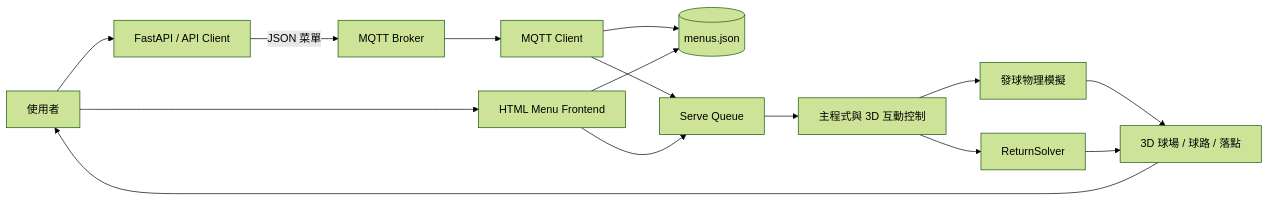
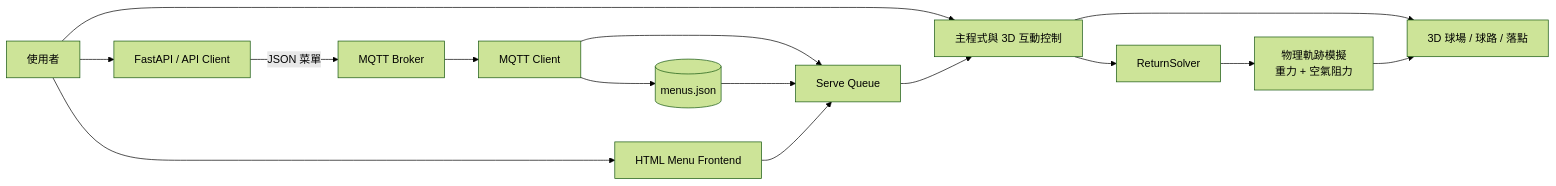
The diagram in README.md (Wither37/badminton_serving_simulator), drawn with Mermaid (forest theme) before and after one commit. The commit also changed other lines of this file, not shown here.

Commit message:
fix: update demo video link section and improve flowchart clarity

````diff
--- a/README.md
+++ b/README.md
@@ -30,19 +30,19 @@
 ```mermaid
 flowchart LR
     U[使用者] --> API[FastAPI / API Client]
     API -->|JSON 菜單| MQTT[MQTT Broker]
     MQTT --> CLIENT[MQTT Client]
     CLIENT --> STORE[(menus.json)]
     CLIENT --> QUEUE[Serve Queue]
+    STORE --> QUEUE
 
     U --> WEB[HTML Menu Frontend]
-    WEB --> STORE
     WEB --> QUEUE
 
-    QUEUE --> MAIN[主程式與 3D 互動控制]
-    MAIN --> PHYSICS[發球物理模擬]
+    U --> MAIN[主程式與 3D 互動控制]
+    QUEUE --> MAIN
     MAIN --> RETURN[ReturnSolver]
-    PHYSICS --> VIEW[3D 球場 / 球路 / 落點]
-    RETURN --> VIEW
-    VIEW --> U
+    MAIN --> VIEW[3D 球場 / 球路 / 落點]
+    RETURN --> PHYSICS[物理軌跡模擬<br/>重力 + 空氣阻力]
+    PHYSICS --> VIEW
 ```
````
